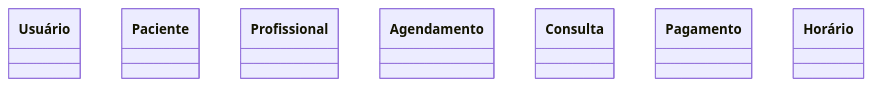
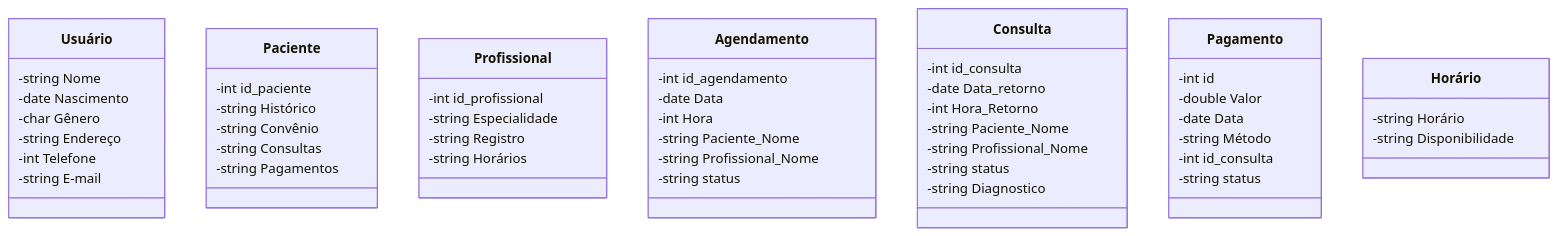
Before and after one commit to Luisf66/SIG-CLINIC: the diagram in README.md, drawn with Mermaid. The commit also changed other lines of this file, not shown here.

Commit message:
docs: Definição dos atributos das Classes

````diff
--- a/README.md
+++ b/README.md
@@ -8,24 +8,55 @@
 ```mermaid
 classDiagram    
     class Usuário {
+        -string Nome
+        -date Nascimento
+        -char Gênero
+        -string Endereço
+        -int Telefone
+        -string E-mail
 
     }
     class Paciente {
+        -int id_paciente
+        -string Histórico 
+        -string Convênio 
+        -string Consultas 
+        -string Pagamentos
 
     }
     class Profissional {
-
+        -int id_profissional
+        -string Especialidade 
+        -string Registro
+        -string Horários
     }
     class Agendamento {
-
+        -int id_agendamento
+        -date Data
+        -int Hora
+        -string Paciente_Nome
+        -string Profissional_Nome
+        -string status
     }
     class Consulta {
-
+        -int id_consulta
+        -date Data_retorno
+        -int Hora_Retorno
+        -string Paciente_Nome
+        -string Profissional_Nome
+        -string status
+        -string Diagnostico
     }
     class Pagamento {
-
+        -int id
+        -double Valor
+        -date Data
+        -string Método
+        -int id_consulta
+        -string status
     }
     class Horário {
-
+        -string Horário
+        -string Disponibilidade
     }
 ```
````
